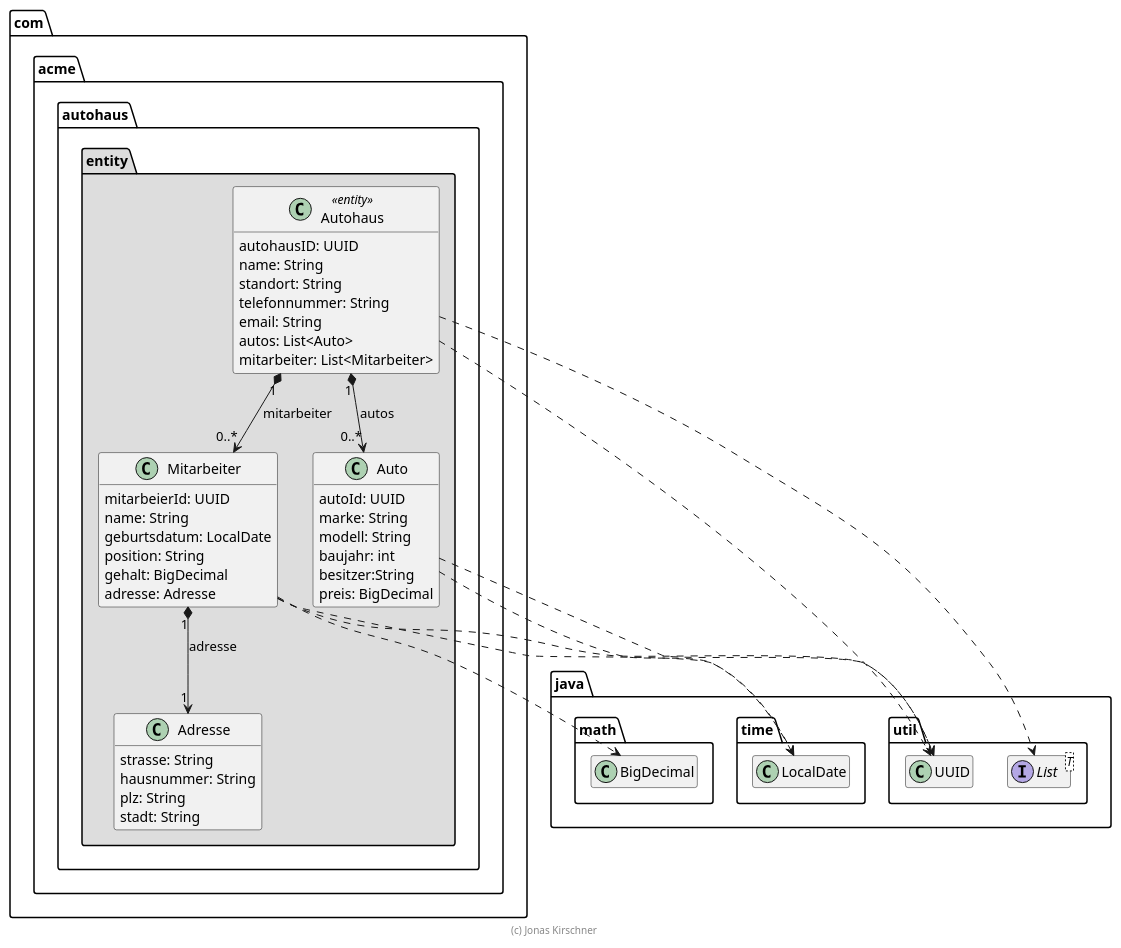
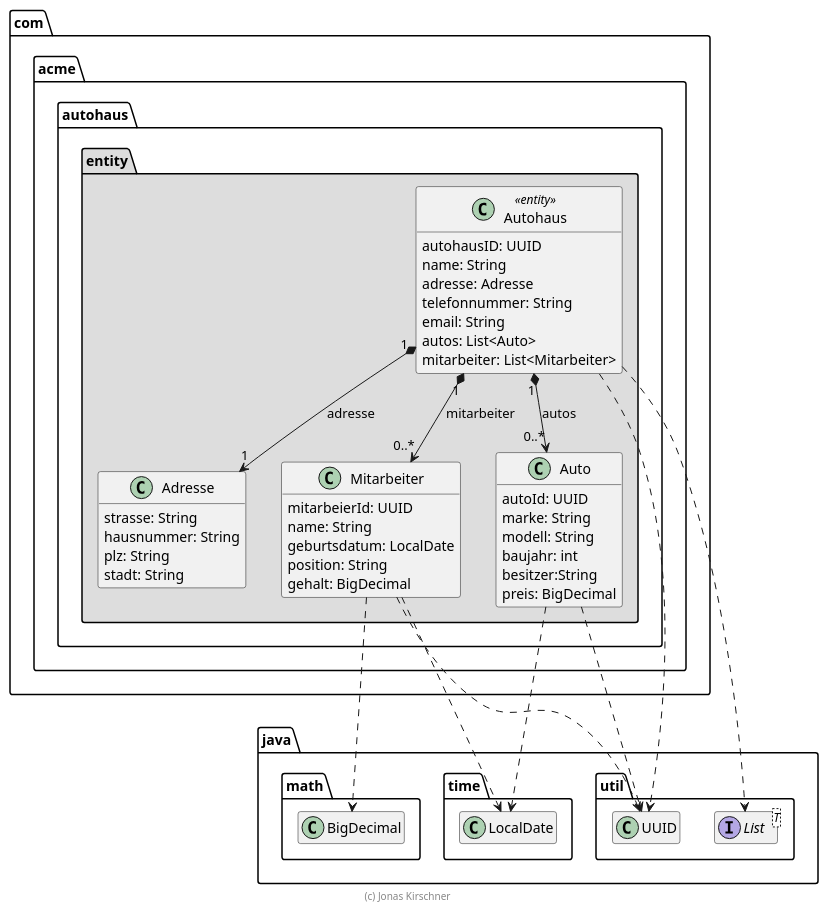
One commit to JBones35/AutohausJavaSwa changed the diagram in extras/doc/Autohaus.plantuml. Above: the diagram before and after it, drawn with PlantUML. The commit also changed 103 other files, not shown here.

```diff
--- a/extras/doc/Autohaus.plantuml
+++ b/extras/doc/Autohaus.plantuml
@@ -1,77 +1,75 @@
 @startuml Autohaus
 
 skinparam classAttributeIconSize 0
 
 package java {
     package util {
         class UUID
         interface List<T>
     }
 
     package math {
         class BigDecimal
     }
 
     package time {
         class LocalDate
     }
 }
 
     package com.acme.autohaus.entity #DDDDDD {
     class Adresse {
         strasse: String
         hausnummer: String
         plz: String
         stadt: String
     }
 
     class Mitarbeiter {
         mitarbeierId: UUID
         name: String
         geburtsdatum: LocalDate
         position: String
         gehalt: BigDecimal
-        adresse: Adresse
     }
 
     class Auto {
         autoId: UUID
         marke: String
         modell: String
         baujahr: int
         besitzer:String
         preis: BigDecimal
     }
 
     class Autohaus <<entity>> {
         autohausID: UUID
         name: String
-        standort: String
+        adresse: Adresse
         telefonnummer: String
         email: String
         autos: List<Auto>
         mitarbeiter: List<Mitarbeiter>
     }
 
     Autohaus "1" *--> "0..*" Auto : autos
     Autohaus "1" *--> "0..*" Mitarbeiter : mitarbeiter
+    Autohaus "1" *--> "1" Adresse : adresse
 
     Autohaus ..> UUID
     Autohaus ..> List
-
-    Mitarbeiter "1" *--> "1" Adresse : adresse
 
     Mitarbeiter ..> UUID
     Mitarbeiter ..> LocalDate
     Mitarbeiter ..> BigDecimal
 
     Auto ..> UUID
     Auto ..> LocalDate
 }
 
 
 hide empty members
 
 footer (c) Jonas Kirschner
 
 @enduml
```
